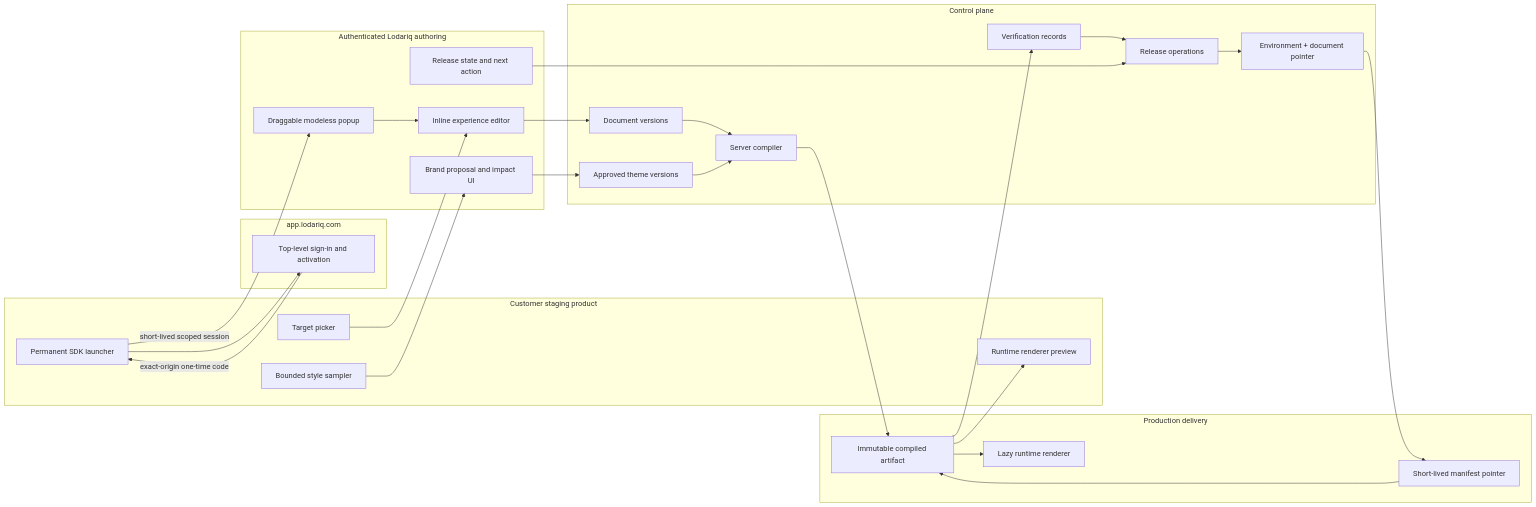
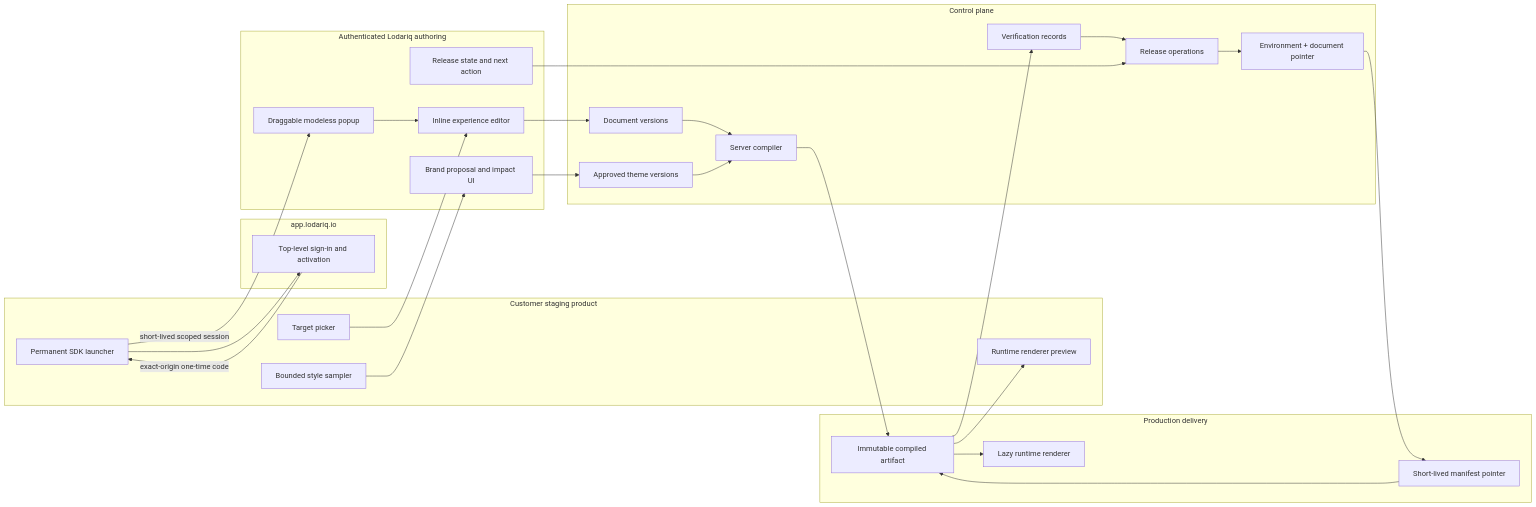
The diagram in docs/plans/phase-2-brand-and-release-foundation.md (m7moudshayeb/lodariq), drawn with Mermaid before and after one commit. The commit also changed other lines of this file and 109 other files, not shown here.

````diff
--- a/docs/plans/phase-2-brand-and-release-foundation.md
+++ b/docs/plans/phase-2-brand-and-release-foundation.md
@@ -473,55 +474,55 @@
 ```mermaid
 flowchart LR
   subgraph Customer["Customer staging product"]
     Launcher["Permanent SDK launcher"]
     Target["Target picker"]
     Sampler["Bounded style sampler"]
     RuntimePreview["Runtime renderer preview"]
   end
 
-  subgraph FirstParty["app.lodariq.com"]
+  subgraph FirstParty["app.lodariq.io"]
     Activate["Top-level sign-in and activation"]
   end
 
   subgraph Authoring["Authenticated Lodariq authoring"]
     Popup["Draggable modeless popup"]
     Editor["Inline experience editor"]
     BrandUI["Brand proposal and impact UI"]
     ReleaseUI["Release state and next action"]
   end
 
   subgraph Control["Control plane"]
     Themes["Approved theme versions"]
     Documents["Document versions"]
     Compile["Server compiler"]
     Verify["Verification records"]
     Operations["Release operations"]
     Pointer["Environment + document pointer"]
   end
 
   subgraph Delivery["Production delivery"]
     Manifest["Short-lived manifest pointer"]
     Artifact["Immutable compiled artifact"]
     Player["Lazy runtime renderer"]
   end
 
   Launcher --> Activate
   Activate -->|"exact-origin one-time code"| Launcher
   Launcher -->|"short-lived scoped session"| Popup
   Popup --> Editor
   Target --> Editor
   Sampler --> BrandUI
   Editor --> Documents
   BrandUI --> Themes
   Documents --> Compile
   Themes --> Compile
   Compile --> Artifact
   Artifact --> Verify
   Verify --> Operations
   ReleaseUI --> Operations
   Operations --> Pointer
   Pointer --> Manifest
   Manifest --> Artifact
   Artifact --> Player
   Artifact --> RuntimePreview
 ```
````
